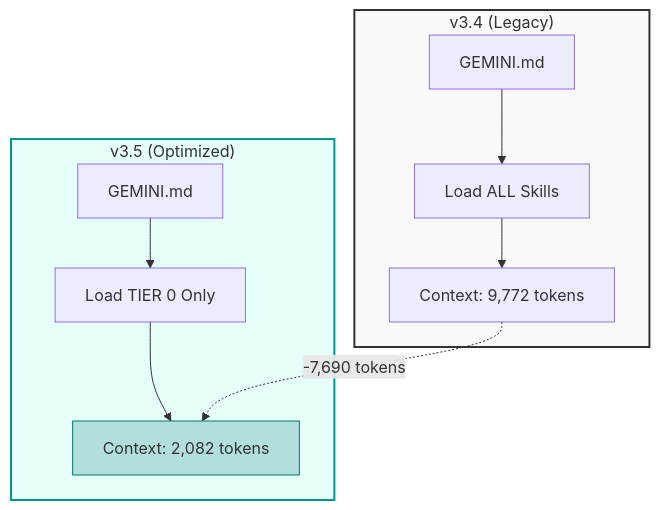
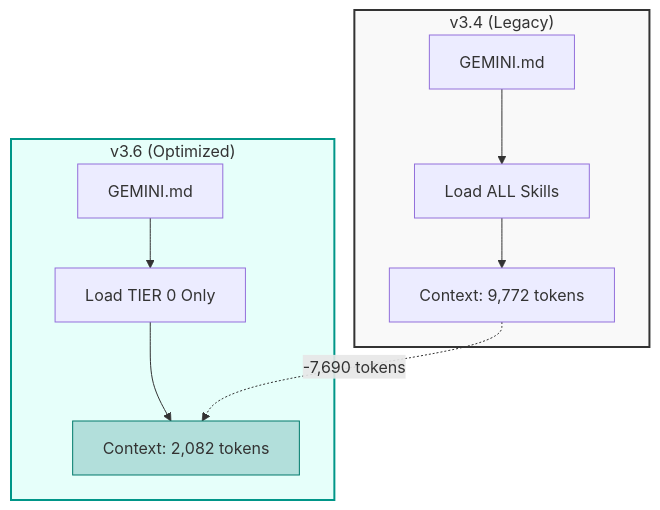
Before and after one commit to MatrixFounder/Agents-development: the second of 3 diagrams in docs/TOKEN_OPTIMIZATION_INFOGRAPHIC.md, drawn with Mermaid. The commit also changed other lines of this file and 3 other files, not shown here.

````diff
--- a/docs/TOKEN_OPTIMIZATION_INFOGRAPHIC.md
+++ b/docs/TOKEN_OPTIMIZATION_INFOGRAPHIC.md
@@ -42,17 +42,17 @@
 ```mermaid
 graph TD
     subgraph BEFORE ["v3.4 (Legacy)"]
         style BEFORE fill:#f9f9f9,stroke:#333,stroke-width:2px
         B1[GEMINI.md] --> B2[Load ALL Skills]
         B2 --> B3[Context: 9,772 tokens]
     end
 
-    subgraph AFTER ["v3.5 (Optimized)"]
+    subgraph AFTER ["v3.6 (Optimized)"]
         style AFTER fill:#e6fffa,stroke:#009688,stroke-width:2px
         A1[GEMINI.md] --> A2[Load TIER 0 Only]
         A2 --> A3[Context: 2,082 tokens]
     end
 
     B3 -.->|"-7,690 tokens"| A3
     style A3 fill:#b2dfdb,stroke:#00796b
 ```
````
